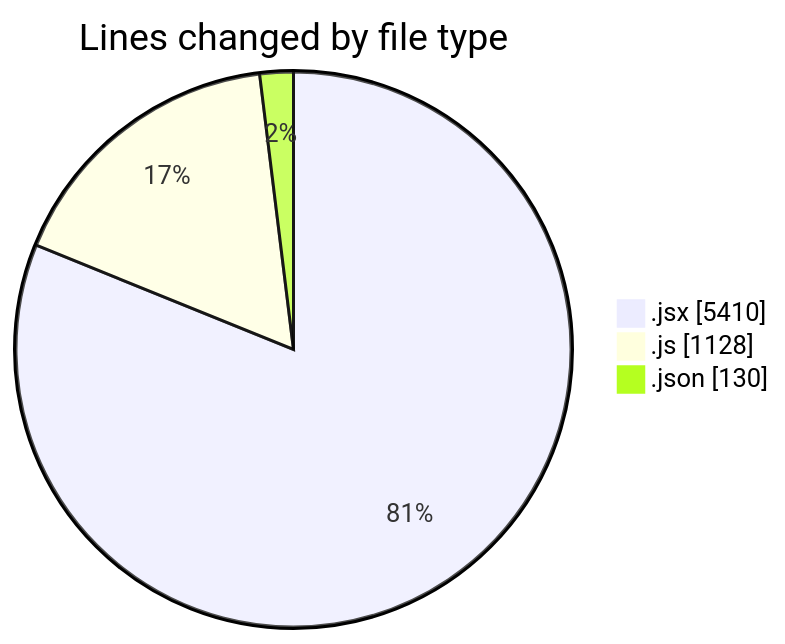
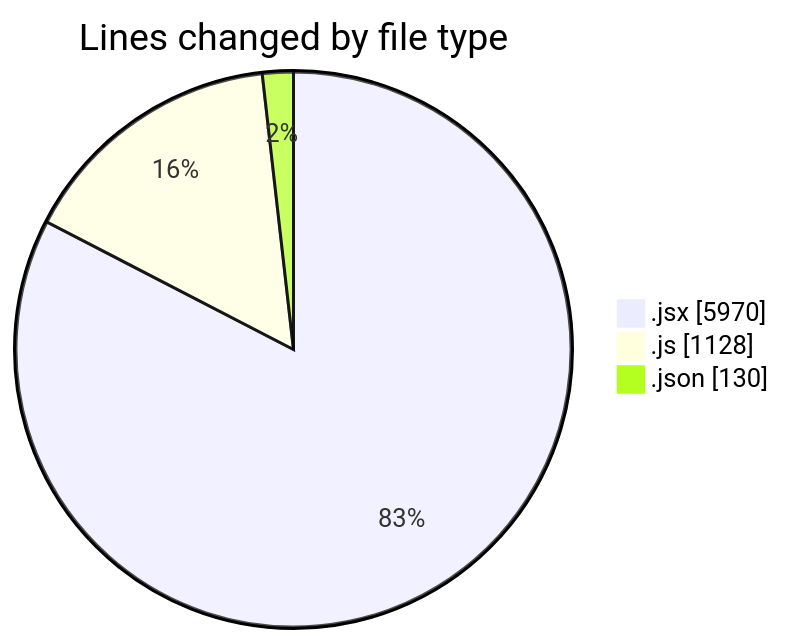
The first of 2 diagrams in 2025-08-06/nxtqube_webapp/README.md (nxtqubesakshisongat/code-tracking), drawn with Mermaid before and after one commit. The commit also changed other lines of this file and 1 other file, not shown here.

````diff
--- a/2025-08-06/nxtqube_webapp/README.md
+++ b/2025-08-06/nxtqube_webapp/README.md
@@ -29,7 +29,7 @@
 ```mermaid
 pie showData
 title Lines changed by file type
-".jsx" : 5410
+".jsx" : 5970
 ".js" : 1128
 ".json" : 130
 ```
````
